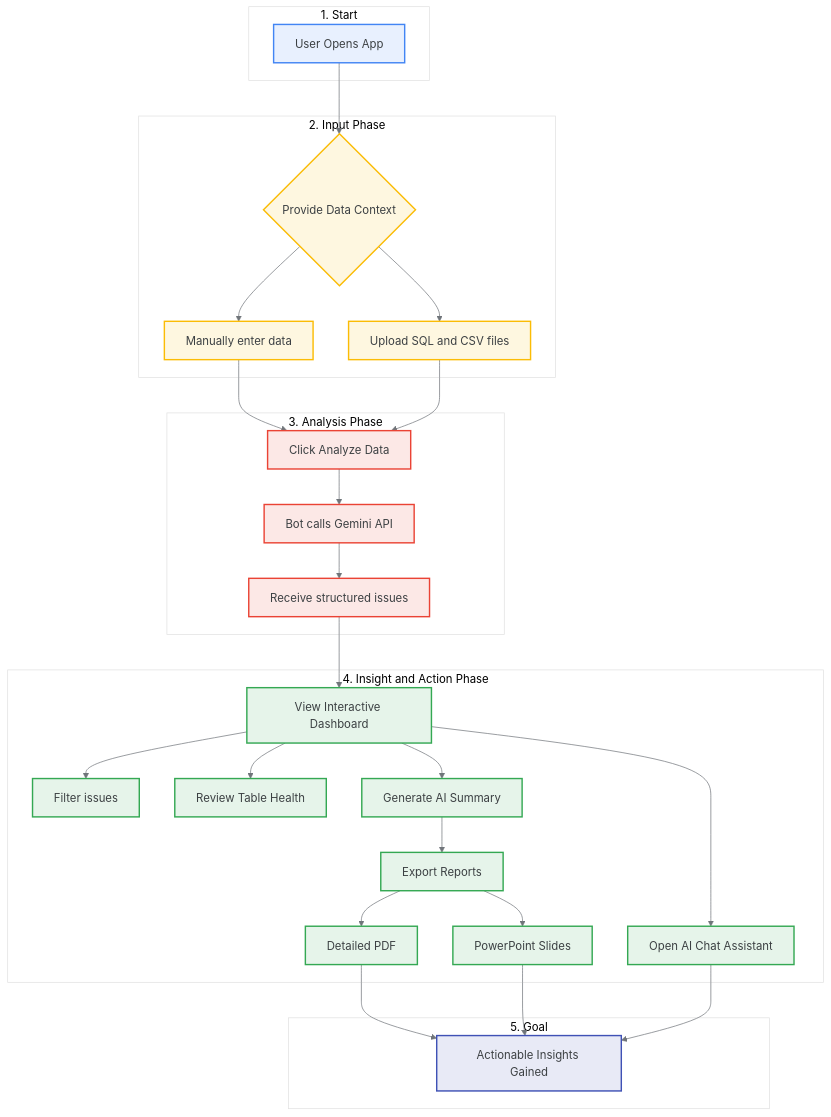
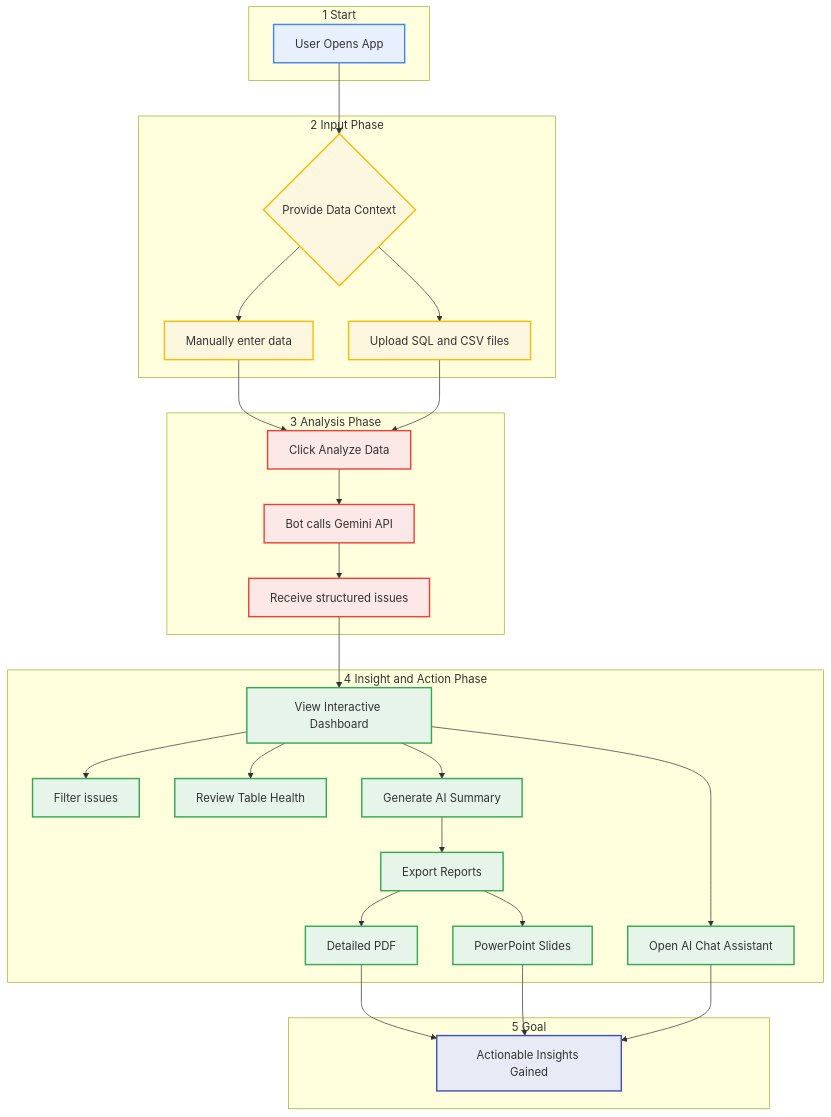
The second of 2 diagrams in README.md (chtsalvishal/DQ_Gen_AI_Bot), drawn with Mermaid before and after one commit. The commit also changed other lines of this file, not shown here.

First line of the commit message:
docs: Update architecture diagram theme

````diff
--- a/README.md
+++ b/README.md
@@ -99,71 +86,54 @@
 ```mermaid
-%%{
-  init: {
-    "theme": "base",
-    "themeVariables": {
-      "fontFamily": "\"Roboto\", sans-serif",
-      "primaryColor": "#FFFFFF",
-      "primaryTextColor": "#3C4043",
-      "primaryBorderColor": "#4285F4",
-      "lineColor": "#70757A",
-      "textColor": "#3C4043",
-      "mainBkg": "#F8F9FA",
-      "clusterBkg": "#FFFFFF",
-      "clusterBorder": "#E0E0E0"
-    }
-  }
-}%%
 graph TD
-    subgraph sg1 [1. Start]
+    subgraph sg1 [1 Start]
         A[User Opens App]:::startNode
     end
 
-    subgraph sg2 [2. Input Phase]
+    subgraph sg2 [2 Input Phase]
         B{Provide Data Context}:::inputNode
         B1[Manually enter data]:::inputNode
         B2[Upload SQL and CSV files]:::inputNode
     end
     
-    subgraph sg3 [3. Analysis Phase]
+    subgraph sg3 [3 Analysis Phase]
         C[Click Analyze Data]:::analysisNode
         D[Bot calls Gemini API]:::analysisNode
         E[Receive structured issues]:::analysisNode
     end
 
-    subgraph sg4 [4. Insight and Action Phase]
+    subgraph sg4 [4 Insight and Action Phase]
         F[View Interactive Dashboard]:::insightNode
         F1[Filter issues]:::insightNode
         F2[Review Table Health]:::insightNode
         G[Open AI Chat Assistant]:::insightNode
         H[Generate AI Summary]:::insightNode
         I[Export Reports]:::insightNode
         I1[Detailed PDF]:::insightNode
         I2[PowerPoint Slides]:::insightNode
     end
     
-    subgraph sg5 [5. Goal]
+    subgraph sg5 [5 Goal]
        J[Actionable Insights Gained]:::goalNode
     end
 
     A --> B
     B --> B1
     B --> B2
     B1 --> C
     B2 --> C
     C --> D
     D --> E
     E --> F
     F --> F1 & F2 & G & H
     H --> I
     I --> I1 & I2
     I1 --> J
     I2 --> J
     G --> J
 
-    %% Class Definitions
     classDef startNode fill:#E8F0FE,stroke:#4285F4,stroke-width:2px
     classDef inputNode fill:#FEF7E0,stroke:#FBBC05,stroke-width:2px
     classDef analysisNode fill:#FCE8E6,stroke:#EA4335,stroke-width:2px
     classDef insightNode fill:#E6F4EA,stroke:#34A853,stroke-width:2px
     classDef goalNode fill:#E8EAF6,stroke:#3F51B5,stroke-width:2px
 ```
````
